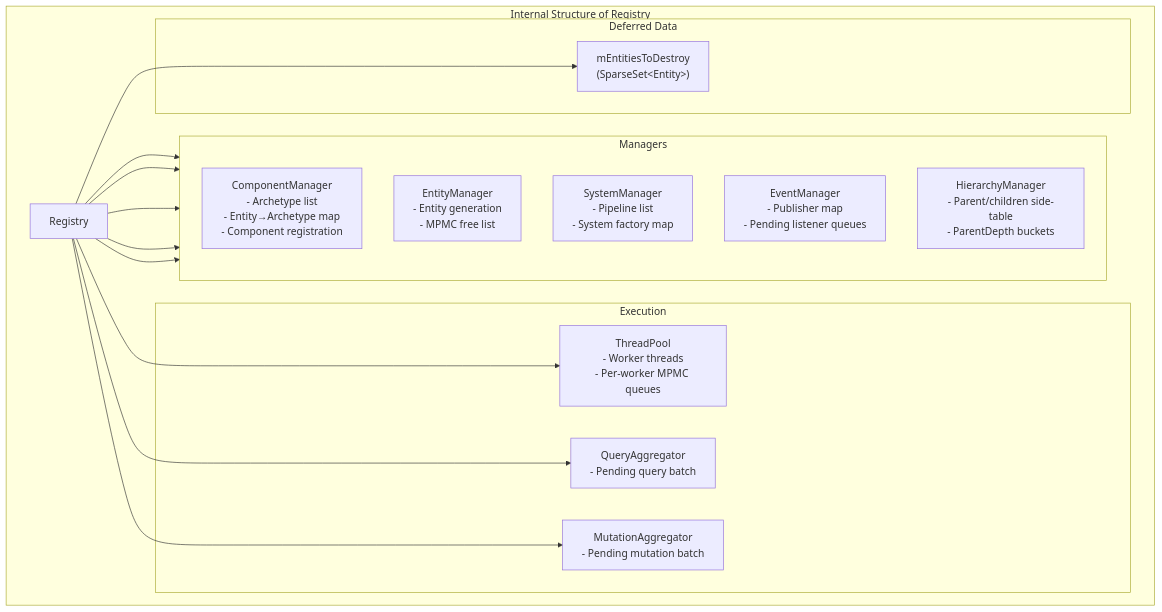
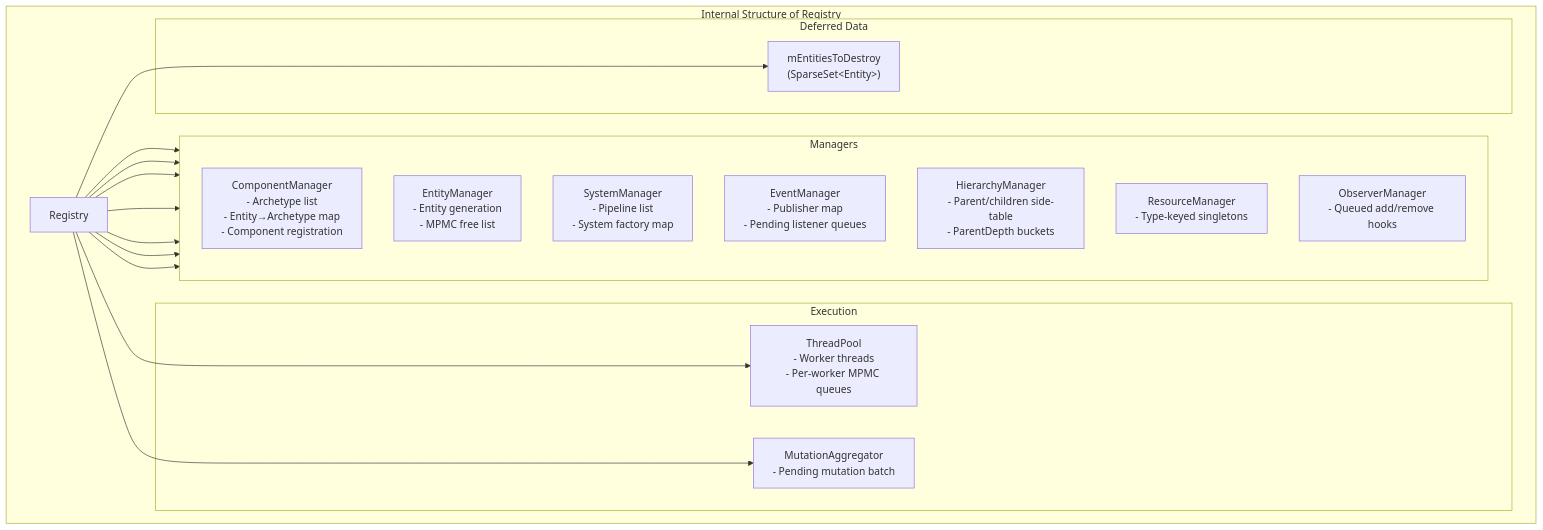
The second of 6 diagrams in docs/concepts/architecture.md (gilmar-sales/Freyr), drawn with Mermaid before and after one commit. The commit also changed other lines of this file and 20 other files, not shown here.

````diff
--- a/docs/concepts/architecture.md
+++ b/docs/concepts/architecture.md
@@ -62,36 +67,38 @@
 ```mermaid
 graph TB
     subgraph RegistryInternals["Internal Structure of Registry"]
         SC["Registry"]
         
         subgraph Managers["Managers"]
             direction TB
             CM["ComponentManager<br/>- Archetype list<br/>- Entity→Archetype map<br/>- Component registration"]
             EM["EntityManager<br/>- Entity generation<br/>- MPMC free list"]
             SM["SystemManager<br/>- Pipeline list<br/>- System factory map"]
             EVM["EventManager<br/>- Publisher map<br/>- Pending listener queues"]
             HM["HierarchyManager<br/>- Parent/children side-table<br/>- ParentDepth buckets"]
+            RM["ResourceManager<br/>- Type-keyed singletons"]
+            OM["ObserverManager<br/>- Queued add/remove hooks"]
         end
 
         subgraph Exec["Execution"]
             TP["ThreadPool<br/>- Worker threads<br/>- Per-worker MPMC queues"]
-            QA["QueryAggregator<br/>- Pending query batch"]
             MA["MutationAggregator<br/>- Pending mutation batch"]
         end
 
         subgraph Data["Deferred Data"]
             DT["mEntitiesToDestroy<br/>(SparseSet&lt;Entity&gt;)"]
         end
 
         SC --> CM
         SC --> EM
         SC --> SM
         SC --> EVM
         SC --> HM
         SC --> TP
-        SC --> QA
         SC --> MA
+        SC --> RM
+        SC --> OM
         SC --> DT
     end
 
 ```
````
